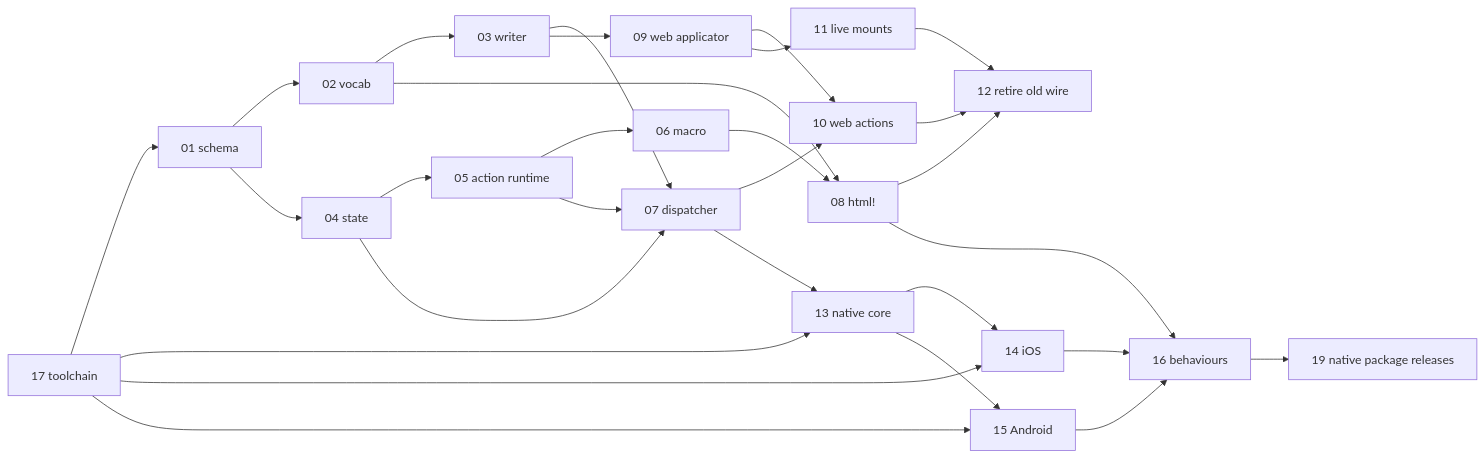
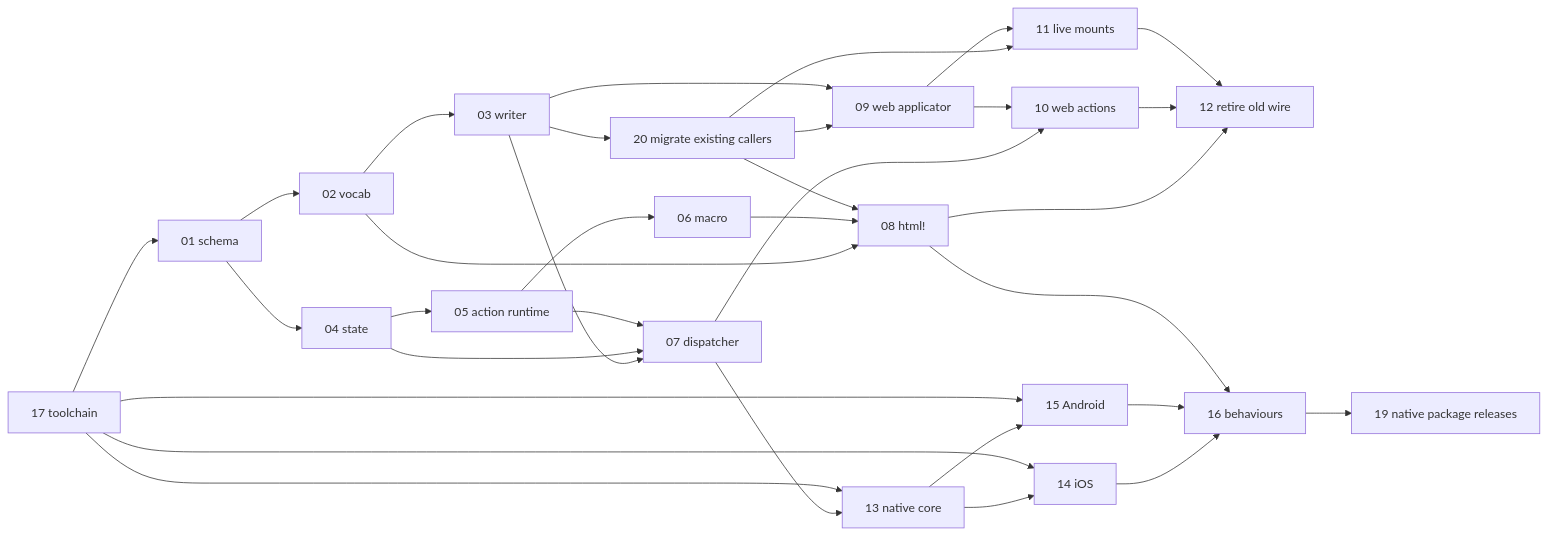
Before and after one commit to ewe-studios/ewe_platform: the third of 3 diagrams in specifications/69-foundation-ui-v2/requirements.md, drawn with Mermaid. The commit also changed other lines of this file and 8 other files, not shown here.

Commit message:
Plan the migration of existing UI callers to the frame writer

````diff
--- a/specifications/69-foundation-ui-v2/requirements.md
+++ b/specifications/69-foundation-ui-v2/requirements.md
@@ -414,28 +417,32 @@
 ```mermaid
 flowchart LR
     F01[01 schema] --> F02[02 vocab] --> F03[03 writer]
     F01 --> F04[04 state] --> F05[05 action runtime] --> F06[06 macro]
     F03 --> F07[07 dispatcher]
     F04 --> F07
     F05 --> F07
     F02 --> F08[08 html!]
     F06 --> F08
+    F03 --> F20[20 migrate existing callers]
+    F20 --> F08
+    F20 --> F09
+    F20 --> F11
     F03 --> F09[09 web applicator]
     F07 --> F10[10 web actions]
     F09 --> F10
     F09 --> F11[11 live mounts]
     F08 --> F12[12 retire old wire]
     F10 --> F12
     F11 --> F12
     F07 --> F13[13 native core]
     F13 --> F14[14 iOS]
     F13 --> F15[15 Android]
     F14 --> F16[16 behaviours]
     F15 --> F16
     F08 --> F16
     F16 --> F19[19 native package releases]
     F17[17 toolchain] --> F01
     F17 --> F13
     F17 --> F14
     F17 --> F15
 ```
````
